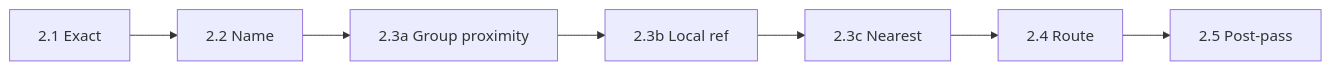
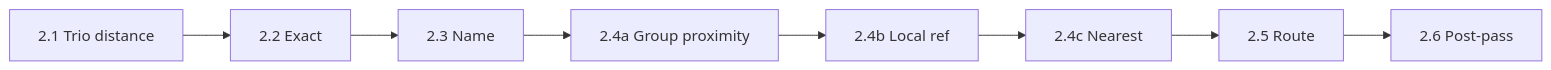
One commit to openTdataCH/stop_sync_osm_atlas changed the third of 4 diagrams in documentation/2. Matching process.md. Above: the diagram before and after it, drawn with Mermaid. The commit also changed other lines of this file and 34 other files, not shown here.

````diff
--- a/documentation/2. Matching process.md
+++ b/documentation/2. Matching process.md
@@ -158,4 +162,4 @@
 ```mermaid
 flowchart LR
-    E["2.1 Exact"] --> N["2.2 Name"] --> D1["2.3a Group proximity"] --> D2["2.3b Local ref"] --> D3["2.3c Nearest"] --> R["2.4 Route"] --> P["2.5 Post-pass"]
+    T["2.1 Trio distance"] --> E["2.2 Exact"] --> N["2.3 Name"] --> D1["2.4a Group proximity"] --> D2["2.4b Local ref"] --> D3["2.4c Nearest"] --> R["2.5 Route"] --> P["2.6 Post-pass"]
 ```
````
